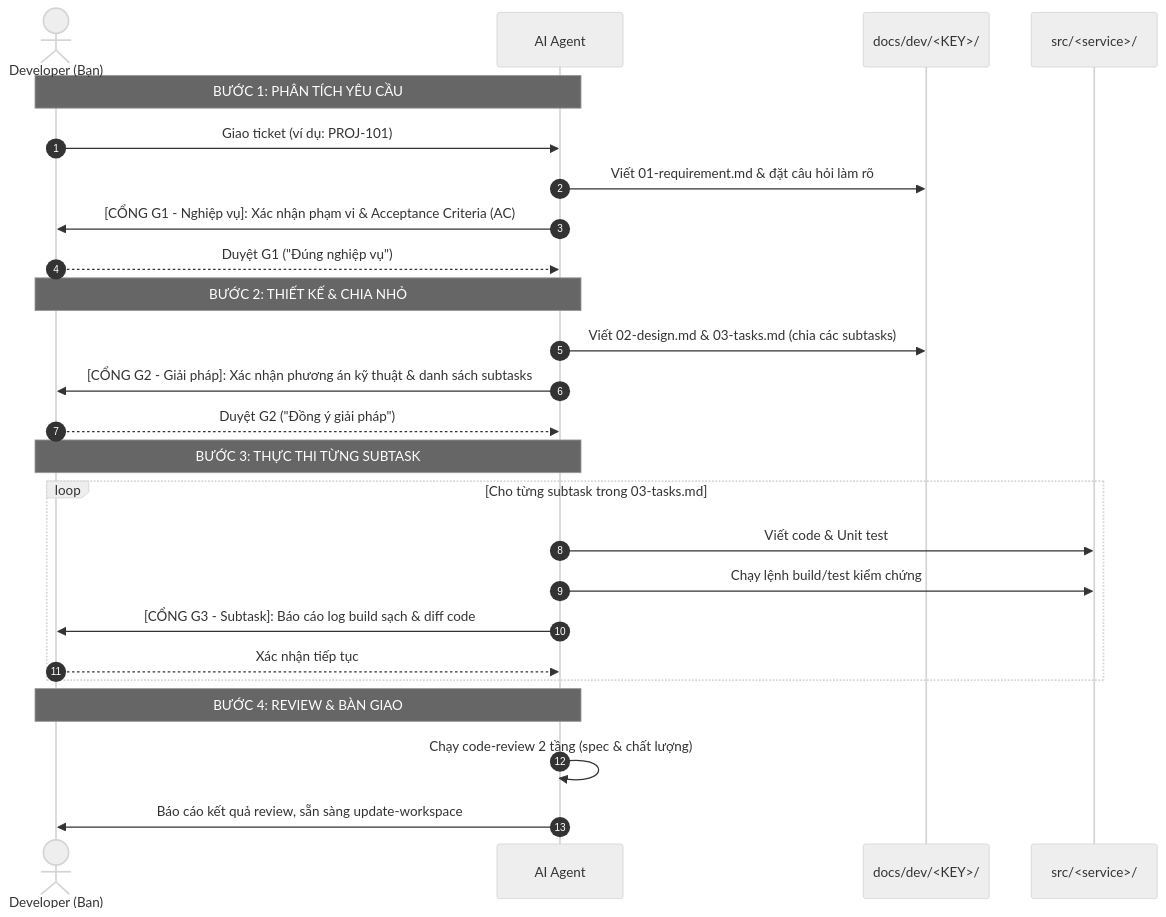
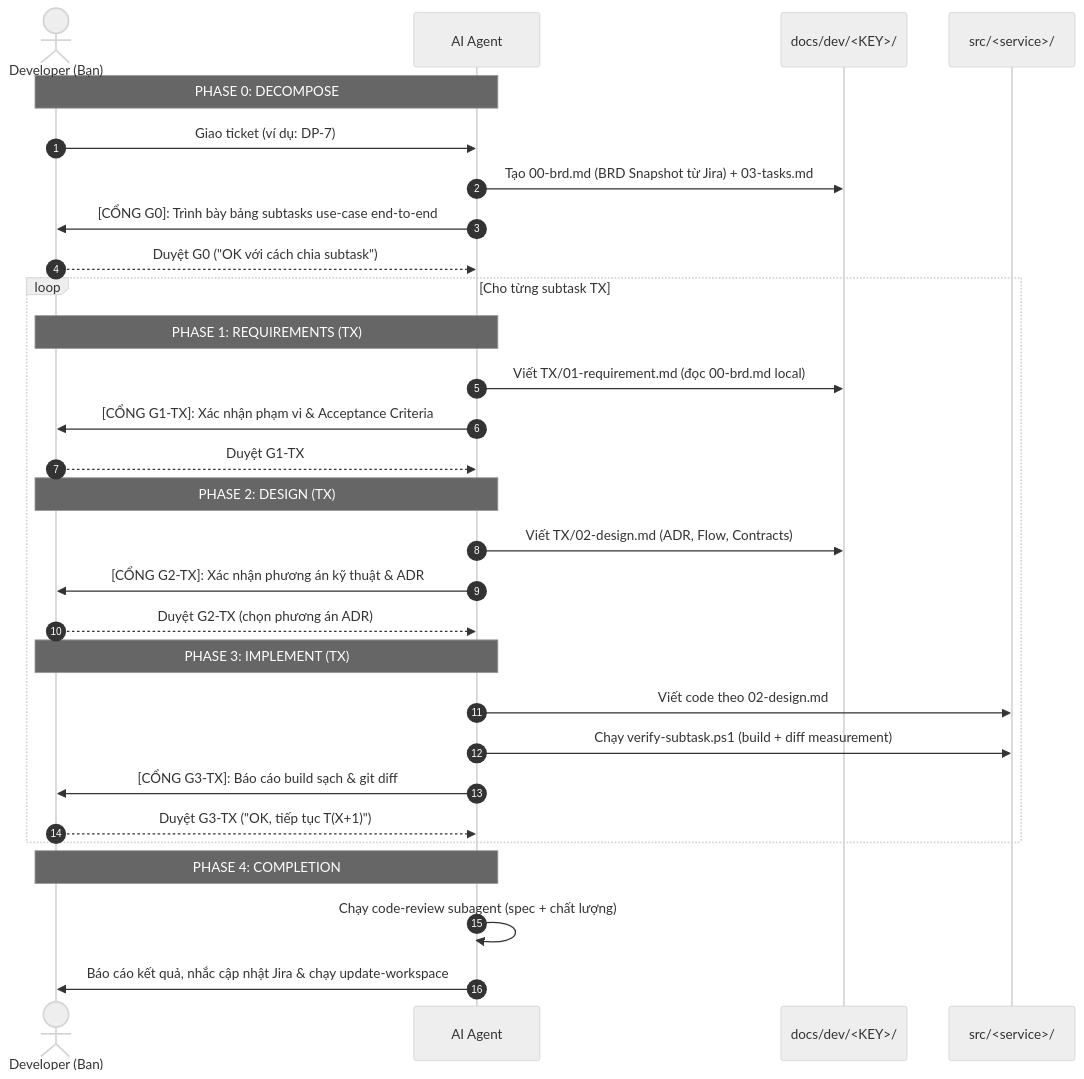
Before and after one commit to qhuyns003/AIWorkflowTest: the second of 2 diagrams in crm-ai-workspace/README.md, drawn with Mermaid (neutral theme). The commit also changed other lines of this file and 70 other files, not shown here.

````diff
--- a/crm-ai-workspace/README.md
+++ b/crm-ai-workspace/README.md
@@ -142,31 +154,36 @@
 ```mermaid
 sequenceDiagram
     autonumber
     actor Dev as Developer (Bạn)
     participant AI as AI Agent
     participant Docs as docs/dev/<KEY>/
     participant Code as src/<service>/
 
-    Note over Dev, AI: BƯỚC 1: PHÂN TÍCH YÊU CẦU
-    Dev->>AI: Giao ticket (ví dụ: PROJ-101)
-    AI->>Docs: Viết 01-requirement.md & đặt câu hỏi làm rõ
-    AI->>Dev: [CỔNG G1 - Nghiệp vụ]: Xác nhận phạm vi & Acceptance Criteria (AC)
-    Dev-->>AI: Duyệt G1 ("Đúng nghiệp vụ")
+    Note over Dev, AI: PHASE 0: DECOMPOSE
+    Dev->>AI: Giao ticket (ví dụ: DP-7)
+    AI->>Docs: Tạo 00-brd.md (BRD Snapshot từ Jira) + 03-tasks.md
+    AI->>Dev: [CỔNG G0]: Trình bày bảng subtasks use-case end-to-end
+    Dev-->>AI: Duyệt G0 ("OK với cách chia subtask")
 
-    Note over Dev, AI: BƯỚC 2: THIẾT KẾ & CHIA NHỎ
-    AI->>Docs: Viết 02-design.md & 03-tasks.md (chia các subtasks)
-    AI->>Dev: [CỔNG G2 - Giải pháp]: Xác nhận phương án kỹ thuật & danh sách subtasks
-    Dev-->>AI: Duyệt G2 ("Đồng ý giải pháp")
+    loop Cho từng subtask TX
+        Note over Dev, AI: PHASE 1: REQUIREMENTS (TX)
+        AI->>Docs: Viết TX/01-requirement.md (đọc 00-brd.md local)
+        AI->>Dev: [CỔNG G1-TX]: Xác nhận phạm vi & Acceptance Criteria
+        Dev-->>AI: Duyệt G1-TX
 
-    Note over Dev, AI: BƯỚC 3: THỰC THI TỪNG SUBTASK
-    loop Cho từng subtask trong 03-tasks.md
-        AI->>Code: Viết code & Unit test
-        AI->>Code: Chạy lệnh build/test kiểm chứng
-        AI->>Dev: [CỔNG G3 - Subtask]: Báo cáo log build sạch & diff code
-        Dev-->>AI: Xác nhận tiếp tục
+        Note over Dev, AI: PHASE 2: DESIGN (TX)
+        AI->>Docs: Viết TX/02-design.md (ADR, Flow, Contracts)
+        AI->>Dev: [CỔNG G2-TX]: Xác nhận phương án kỹ thuật & ADR
+        Dev-->>AI: Duyệt G2-TX (chọn phương án ADR)
+
+        Note over Dev, AI: PHASE 3: IMPLEMENT (TX)
+        AI->>Code: Viết code theo 02-design.md
+        AI->>Code: Chạy verify-subtask.ps1 (build + diff measurement)
+        AI->>Dev: [CỔNG G3-TX]: Báo cáo build sạch & git diff
+        Dev-->>AI: Duyệt G3-TX ("OK, tiếp tục T(X+1)")
     end
 
-    Note over Dev, AI: BƯỚC 4: REVIEW & BÀN GIAO
-    AI->>AI: Chạy code-review 2 tầng (spec & chất lượng)
-    AI->>Dev: Báo cáo kết quả review, sẵn sàng update-workspace
+    Note over Dev, AI: PHASE 4: COMPLETION
+    AI->>AI: Chạy code-review subagent (spec + chất lượng)
+    AI->>Dev: Báo cáo kết quả, nhắc cập nhật Jira & chạy update-workspace
 ```
````
